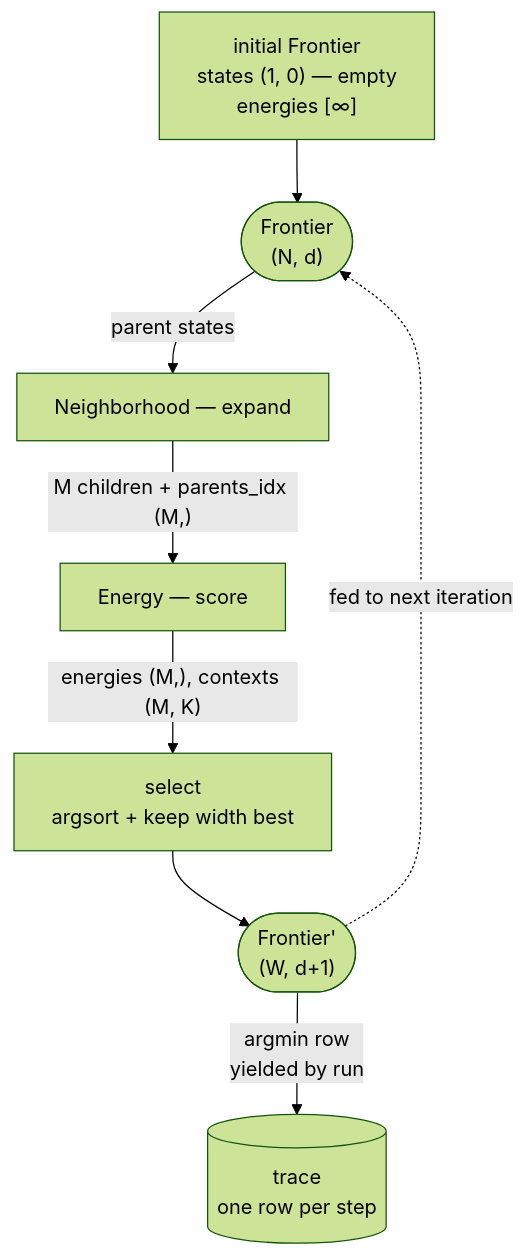
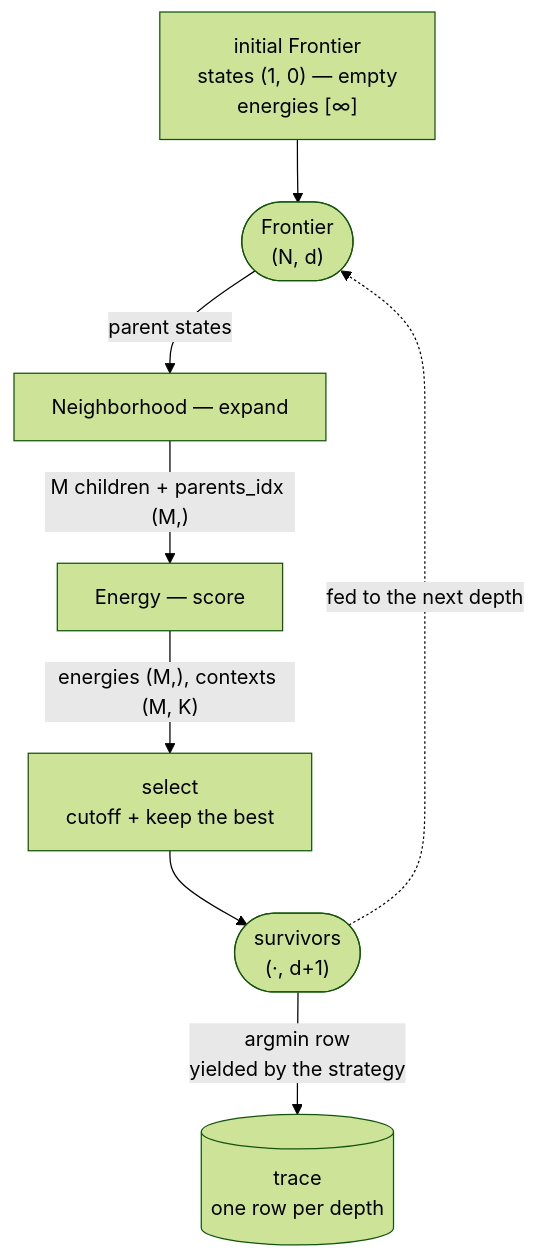
One commit to FujishigeTemma/edmkit-search changed the diagram in website/src/content/docs/concepts/search-loop.md. Above: the diagram before and after it, drawn with Mermaid (forest theme). The commit also changed other lines of this file and 14 other files, not shown here.

````diff
--- a/website/src/content/docs/concepts/search-loop.md
+++ b/website/src/content/docs/concepts/search-loop.md
@@ -46,17 +44,17 @@
 ```mermaid
 flowchart TD
     I["initial Frontier<br/>states (1, 0) — empty<br/>energies [∞]"]
     F(["Frontier<br/>(N, d)"])
     N["Neighborhood — expand"]
     E["Energy — score"]
-    Sel["select<br/>argsort + keep width best"]
-    Fout(["Frontier'<br/>(W, d+1)"])
-    T[("trace<br/>one row per step")]
+    Sel["select<br/>cutoff + keep the best"]
+    Fout(["survivors<br/>(·, d+1)"])
+    T[("trace<br/>one row per depth")]
     I --> F
     F -->|parent states| N
     N -->|"M children + parents_idx (M,)"| E
     E -->|"energies (M,), contexts (M, K)"| Sel
     Sel --> Fout
-    Fout -.->|fed to next iteration| F
-    Fout -->|argmin row<br/>yielded by run| T
+    Fout -.->|fed to the next depth| F
+    Fout -->|argmin row<br/>yielded by the strategy| T
 ```
````
